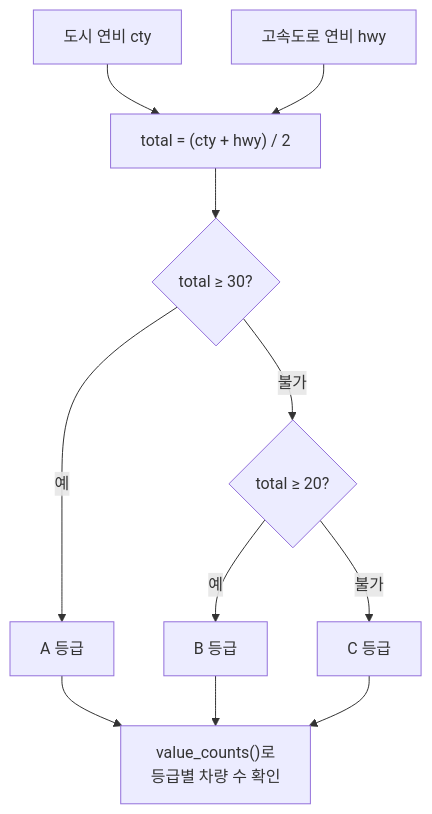
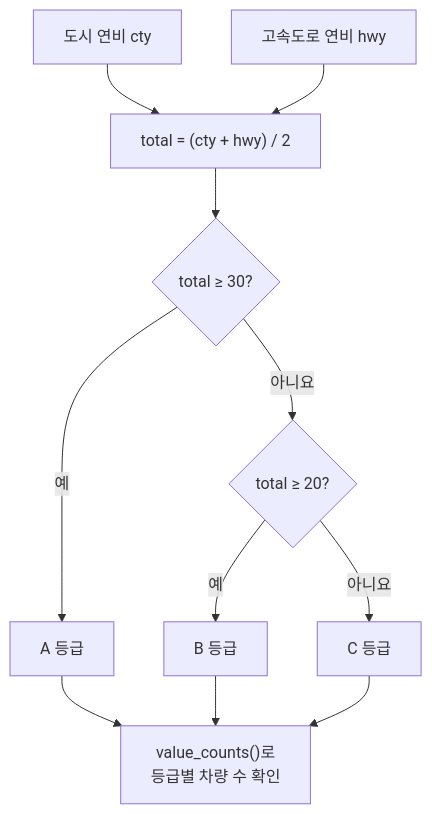
One commit to neonunu/Study changed the third of 18 diagrams in university_Study/빅데이터실습/Week02~06.md. Above: the diagram before and after it, drawn with Mermaid. The commit also changed other lines of this file, not shown here.

````diff
--- a/university_Study/빅데이터실습/Week02~06.md
+++ b/university_Study/빅데이터실습/Week02~06.md
@@ -217,20 +968,20 @@
 ```mermaid
 flowchart TD
     A["도시 연비 cty"]
     B["고속도로 연비 hwy"]
 
     A --> C["total = (cty + hwy) / 2"]
     B --> C
 
     C --> D{"total ≥ 30?"}
 
     D -->|"예"| E["A 등급"]
-    D -->|"불가"| F{"total ≥ 20?"}
+    D -->|"아니요"| F{"total ≥ 20?"}
 
     F -->|"예"| G["B 등급"]
-    F -->|"불가"| H["C 등급"]
+    F -->|"아니요"| H["C 등급"]
 
     E --> I["value_counts()로<br/>등급별 차량 수 확인"]
     G --> I
     H --> I
 ```
````
